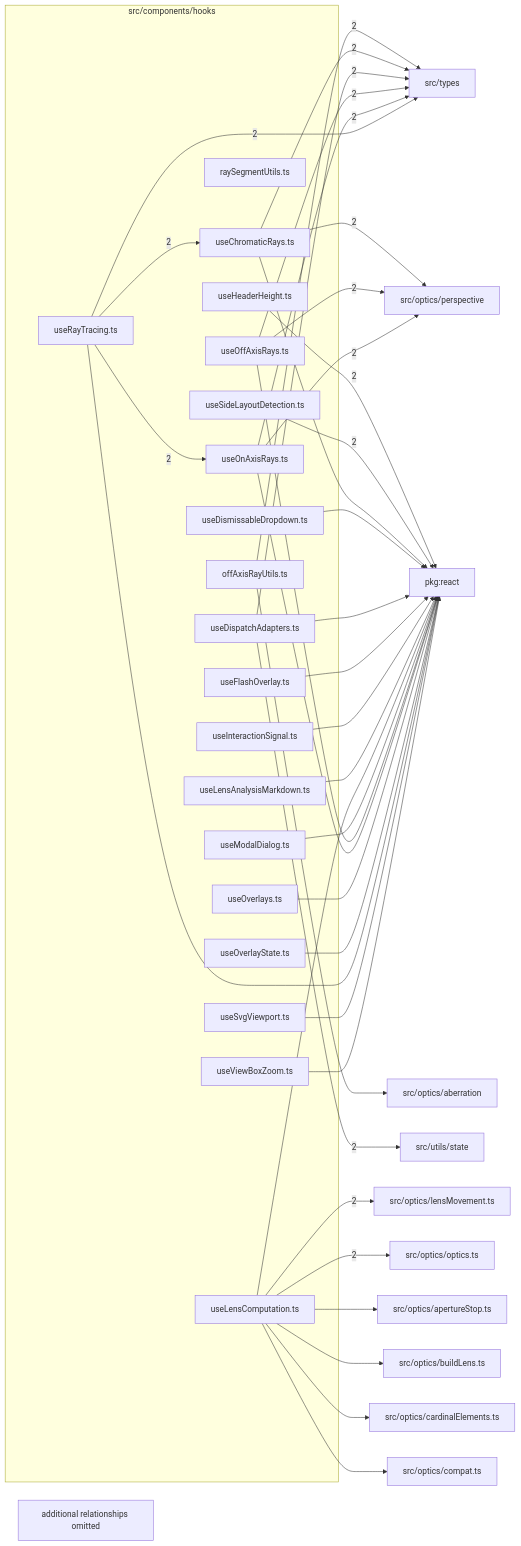
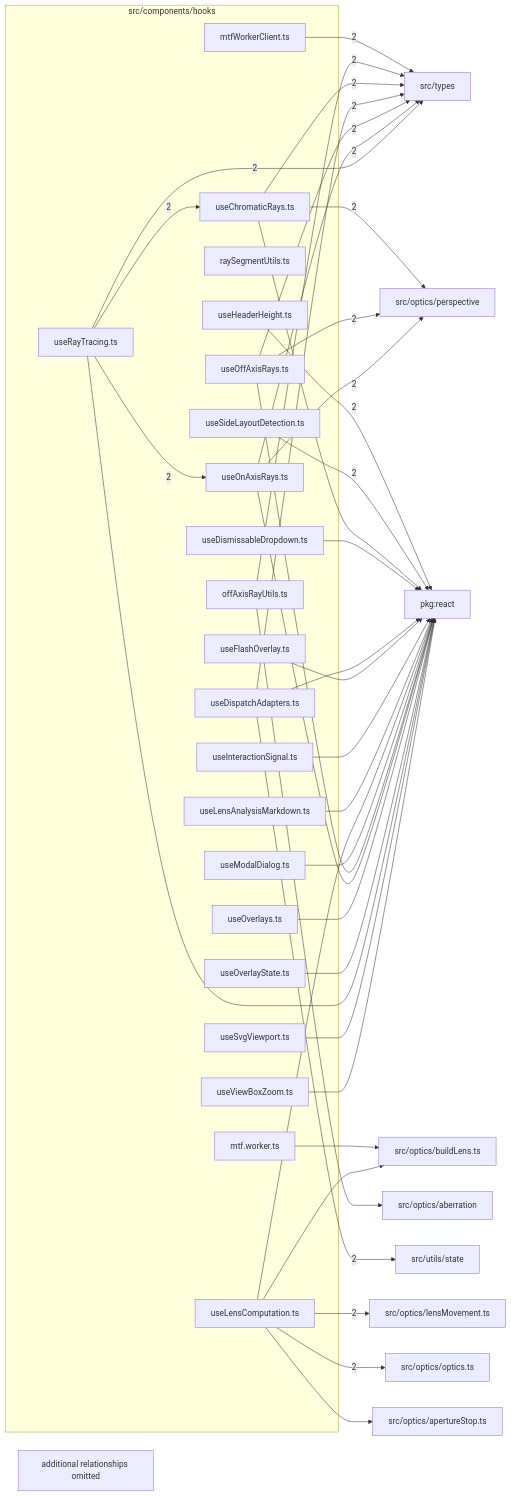
Before and after one commit to ronbuening/LensVisualizer: the diagram in src/components/hooks/readme.md, drawn with Mermaid. The commit also changed other lines of this file and 20 other files, not shown here.

````diff
--- a/src/components/hooks/readme.md
+++ b/src/components/hooks/readme.md
@@ -9,72 +9,72 @@
 ```mermaid
 flowchart LR
   subgraph n_src_components_hooks["src/components/hooks"]
+    n_src_components_hooks_src_components_hooks_mtf_worker_ts["mtf.worker.ts"]
+    n_src_components_hooks_src_components_hooks_mtfWorkerClient_ts["mtfWorkerClient.ts"]
     n_src_components_hooks_src_components_hooks_offAxisRayUtils_ts["offAxisRayUtils.ts"]
     n_src_components_hooks_src_components_hooks_raySegmentUtils_ts["raySegmentUtils.ts"]
     n_src_components_hooks_src_components_hooks_useChromaticRays_ts["useChromaticRays.ts"]
     n_src_components_hooks_src_components_hooks_useDismissableDropdown_ts["useDismissableDropdown.ts"]
     n_src_components_hooks_src_components_hooks_useDispatchAdapters_ts["useDispatchAdapters.ts"]
     n_src_components_hooks_src_components_hooks_useFlashOverlay_ts["useFlashOverlay.ts"]
     n_src_components_hooks_src_components_hooks_useHeaderHeight_ts["useHeaderHeight.ts"]
     n_src_components_hooks_src_components_hooks_useInteractionSignal_ts["useInteractionSignal.ts"]
     n_src_components_hooks_src_components_hooks_useLensAnalysisMarkdown_ts["useLensAnalysisMarkdown.ts"]
     n_src_components_hooks_src_components_hooks_useLensComputation_ts["useLensComputation.ts"]
     n_src_components_hooks_src_components_hooks_useModalDialog_ts["useModalDialog.ts"]
     n_src_components_hooks_src_components_hooks_useOffAxisRays_ts["useOffAxisRays.ts"]
     n_src_components_hooks_src_components_hooks_useOnAxisRays_ts["useOnAxisRays.ts"]
     n_src_components_hooks_src_components_hooks_useOverlays_ts["useOverlays.ts"]
     n_src_components_hooks_src_components_hooks_useOverlayState_ts["useOverlayState.ts"]
     n_src_components_hooks_src_components_hooks_useRayTracing_ts["useRayTracing.ts"]
     n_src_components_hooks_src_components_hooks_useSideLayoutDetection_ts["useSideLayoutDetection.ts"]
     n_src_components_hooks_src_components_hooks_useSvgViewport_ts["useSvgViewport.ts"]
     n_src_components_hooks_src_components_hooks_useViewBoxZoom_ts["useViewBoxZoom.ts"]
   end
   n_external_pkg_react["pkg:react"]
   n_external_src_optics_lensMovement_ts["src/optics/lensMovement.ts"]
   n_external_src_optics_optics_ts["src/optics/optics.ts"]
   n_external_src_optics_perspective["src/optics/perspective"]
   n_external_src_types["src/types"]
   n_external_src_utils_state["src/utils/state"]
   n_external_src_optics_aberration["src/optics/aberration"]
   n_external_src_optics_apertureStop_ts["src/optics/apertureStop.ts"]
   n_external_src_optics_buildLens_ts["src/optics/buildLens.ts"]
-  n_external_src_optics_cardinalElements_ts["src/optics/cardinalElements.ts"]
-  n_external_src_optics_compat_ts["src/optics/compat.ts"]
   n_src_components_hooks_src_components_hooks_useHeaderHeight_ts --> |2| n_external_pkg_react
   n_src_components_hooks_src_components_hooks_useSideLayoutDetection_ts --> |2| n_external_pkg_react
   n_src_components_hooks_src_components_hooks_useLensComputation_ts --> |2| n_external_src_optics_lensMovement_ts
   n_src_components_hooks_src_components_hooks_useLensComputation_ts --> |2| n_external_src_optics_optics_ts
   n_src_components_hooks_src_components_hooks_useChromaticRays_ts --> |2| n_external_src_optics_perspective
   n_src_components_hooks_src_components_hooks_useOffAxisRays_ts --> |2| n_external_src_optics_perspective
   n_src_components_hooks_src_components_hooks_useOnAxisRays_ts --> |2| n_external_src_optics_perspective
+  n_src_components_hooks_src_components_hooks_mtfWorkerClient_ts --> |2| n_external_src_types
   n_src_components_hooks_src_components_hooks_offAxisRayUtils_ts --> |2| n_external_src_types
   n_src_components_hooks_src_components_hooks_useChromaticRays_ts --> |2| n_external_src_types
   n_src_components_hooks_src_components_hooks_useDispatchAdapters_ts --> |2| n_external_src_types
   n_src_components_hooks_src_components_hooks_useOffAxisRays_ts --> |2| n_external_src_types
   n_src_components_hooks_src_components_hooks_useOnAxisRays_ts --> |2| n_external_src_types
   n_src_components_hooks_src_components_hooks_useRayTracing_ts --> |2| n_external_src_types
   n_src_components_hooks_src_components_hooks_useDispatchAdapters_ts --> |2| n_external_src_utils_state
   n_src_components_hooks_src_components_hooks_useRayTracing_ts --> |2| n_src_components_hooks_src_components_hooks_useChromaticRays_ts
   n_src_components_hooks_src_components_hooks_useRayTracing_ts --> |2| n_src_components_hooks_src_components_hooks_useOnAxisRays_ts
   n_src_components_hooks_src_components_hooks_useChromaticRays_ts --> n_external_pkg_react
   n_src_components_hooks_src_components_hooks_useDismissableDropdown_ts --> n_external_pkg_react
   n_src_components_hooks_src_components_hooks_useDispatchAdapters_ts --> n_external_pkg_react
   n_src_components_hooks_src_components_hooks_useFlashOverlay_ts --> n_external_pkg_react
   n_src_components_hooks_src_components_hooks_useInteractionSignal_ts --> n_external_pkg_react
   n_src_components_hooks_src_components_hooks_useLensAnalysisMarkdown_ts --> n_external_pkg_react
   n_src_components_hooks_src_components_hooks_useLensComputation_ts --> n_external_pkg_react
   n_src_components_hooks_src_components_hooks_useModalDialog_ts --> n_external_pkg_react
   n_src_components_hooks_src_components_hooks_useOffAxisRays_ts --> n_external_pkg_react
   n_src_components_hooks_src_components_hooks_useOnAxisRays_ts --> n_external_pkg_react
   n_src_components_hooks_src_components_hooks_useOverlays_ts --> n_external_pkg_react
   n_src_components_hooks_src_components_hooks_useOverlayState_ts --> n_external_pkg_react
   n_src_components_hooks_src_components_hooks_useRayTracing_ts --> n_external_pkg_react
   n_src_components_hooks_src_components_hooks_useSvgViewport_ts --> n_external_pkg_react
   n_src_components_hooks_src_components_hooks_useViewBoxZoom_ts --> n_external_pkg_react
   n_src_components_hooks_src_components_hooks_offAxisRayUtils_ts --> n_external_src_optics_aberration
   n_src_components_hooks_src_components_hooks_useLensComputation_ts --> n_external_src_optics_apertureStop_ts
+  n_src_components_hooks_src_components_hooks_mtf_worker_ts --> n_external_src_optics_buildLens_ts
   n_src_components_hooks_src_components_hooks_useLensComputation_ts --> n_external_src_optics_buildLens_ts
-  n_src_components_hooks_src_components_hooks_useLensComputation_ts --> n_external_src_optics_cardinalElements_ts
-  n_src_components_hooks_src_components_hooks_useLensComputation_ts --> n_external_src_optics_compat_ts
   n_src_components_hooks_truncated["additional relationships omitted"]
 ```
````
